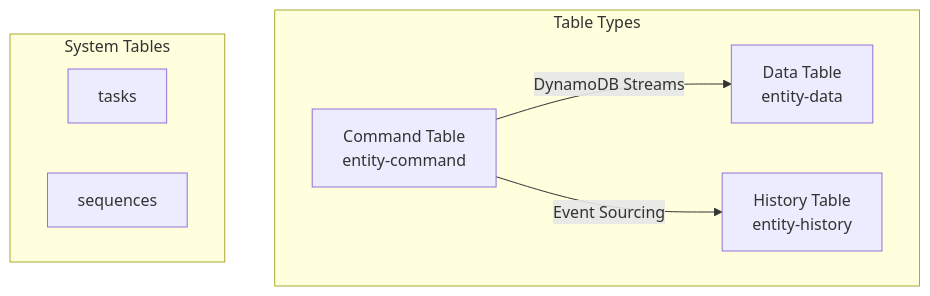
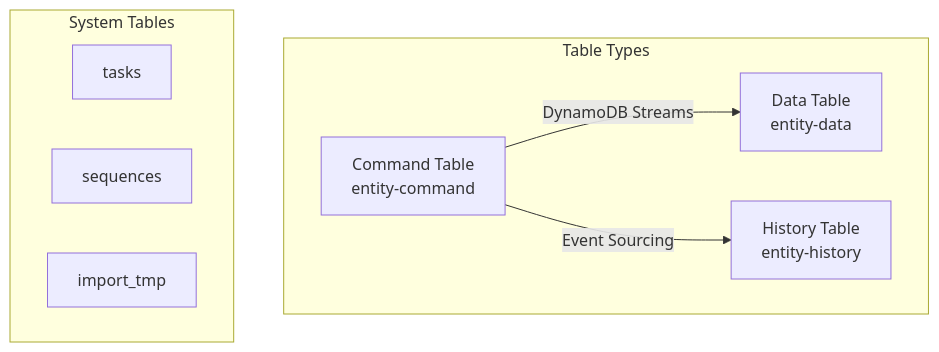
One commit to mbc-net/mbc-cqrs-serverless-doc changed the diagram in i18n/en/docusaurus-plugin-content-docs/current/dynamodb.md. Above: the diagram before and after it, drawn with Mermaid. The commit also changed other lines of this file and 16 other files, not shown here.

````diff
--- a/i18n/en/docusaurus-plugin-content-docs/current/dynamodb.md
+++ b/i18n/en/docusaurus-plugin-content-docs/current/dynamodb.md
@@ -13,16 +13,17 @@
 ```mermaid
 graph TB
     subgraph "Table Types"
         A["Command Table<br/>entity-command"]
         B["Data Table<br/>entity-data"]
         C["History Table<br/>entity-history"]
     end
 
     subgraph "System Tables"
         D["tasks"]
         E["sequences"]
+        F["import_tmp"]
     end
 
     A -->|"DynamoDB Streams"| B
     A -->|"Event Sourcing"| C
 ```
````
